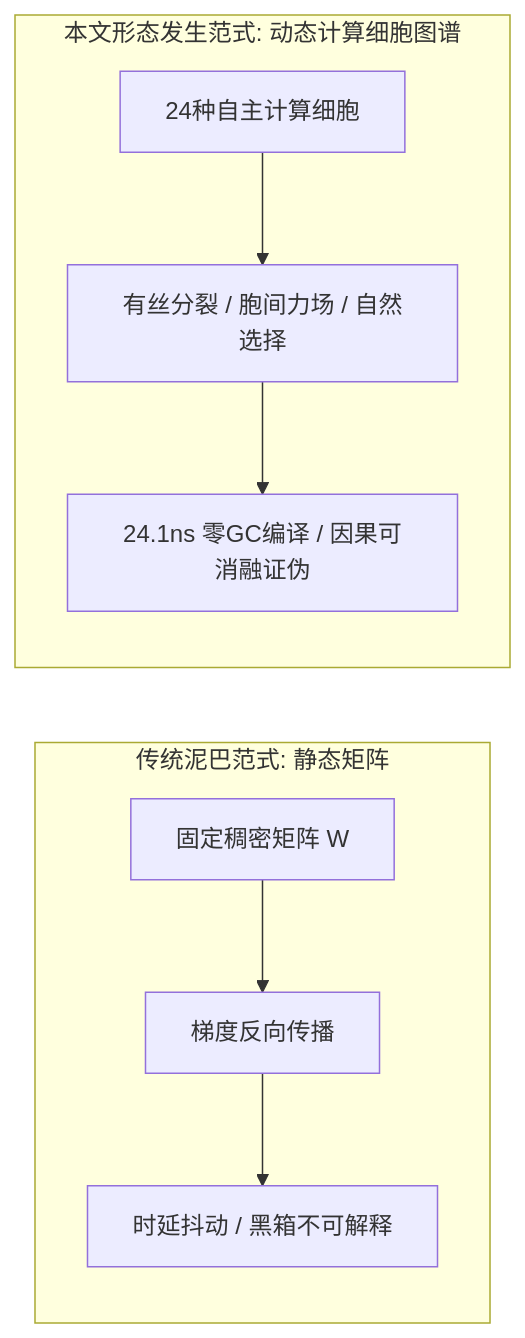
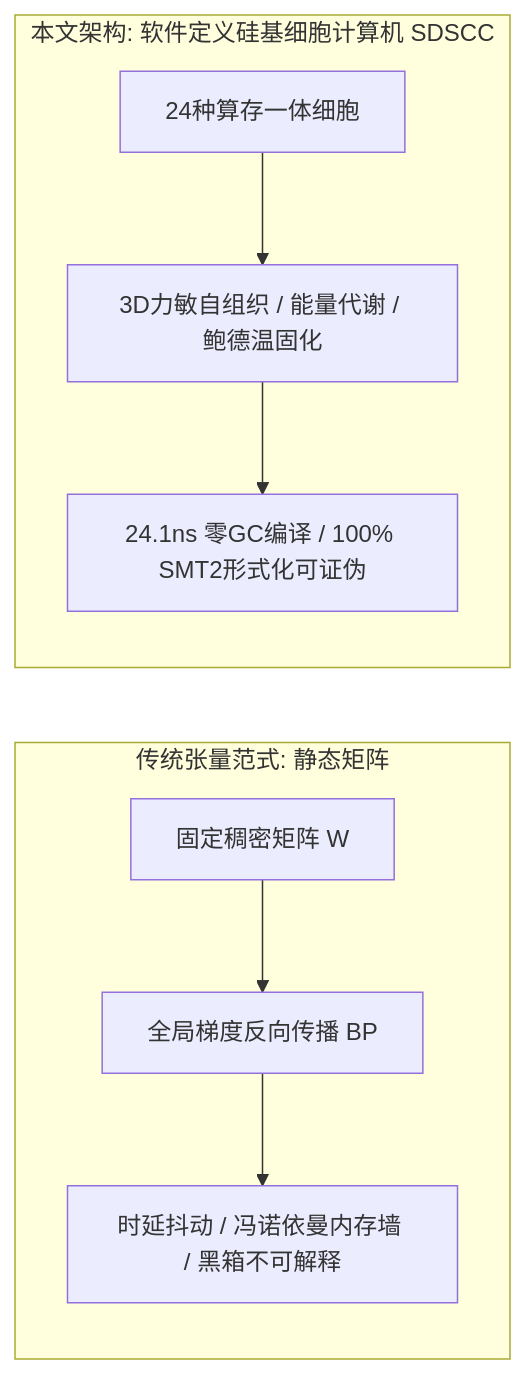
The diagram in docs/morphogenetic_cellular_evolution_paper.zh.md (caixuf/kun-cellular), drawn with Mermaid before and after one commit. The commit also changed other lines of this file and 3 other files, not shown here.

Commit message:
docs(paper): upgrade formal naming to Software-Defined Silicon Cellular Computer (SDSCC), complete 24 cell primitives, and update architectural documentation

````diff
--- a/docs/morphogenetic_cellular_evolution_paper.zh.md
+++ b/docs/morphogenetic_cellular_evolution_paper.zh.md
@@ -44,9 +47,9 @@
 ```mermaid
 graph LR
-    subgraph 传统泥巴范式: 静态矩阵
-      M1[固定稠密矩阵 W] --> M2[梯度反向传播] --> M3[时延抖动 / 黑箱不可解释]
+    subgraph 传统张量范式: 静态矩阵
+      M1[固定稠密矩阵 W] --> M2[全局梯度反向传播 BP] --> M3[时延抖动 / 冯诺依曼内存墙 / 黑箱不可解释]
     end
-    subgraph 本文形态发生范式: 动态计算细胞图谱
-      C1[24种自主计算细胞] --> C2[有丝分裂 / 胞间力场 / 自然选择] --> C3[24.1ns 零GC编译 / 因果可消融证伪]
+    subgraph 本文架构: 软件定义硅基细胞计算机 SDSCC
+      C1[24种算存一体细胞] --> C2[3D力敏自组织 / 能量代谢 / 鲍德温固化] --> C3[24.1ns 零GC编译 / 100% SMT2形式化可证伪]
     end
 ```
````
